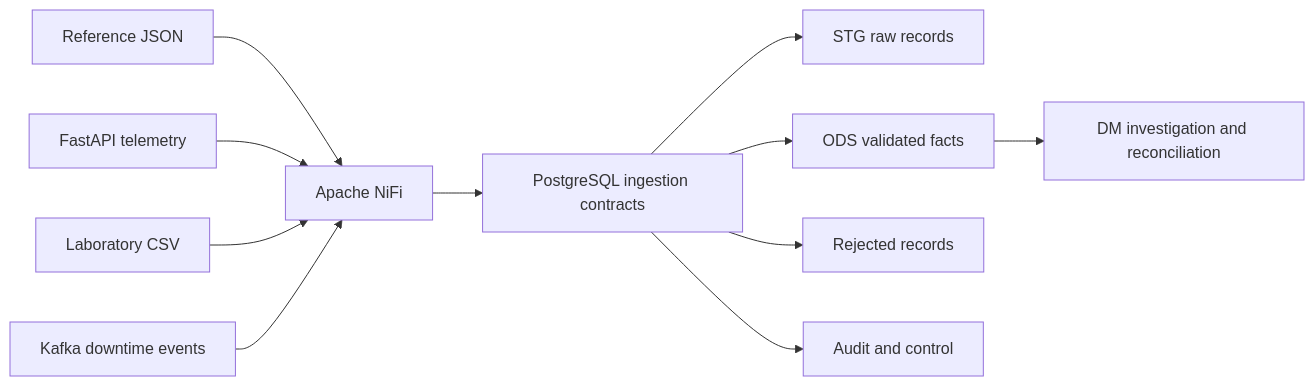
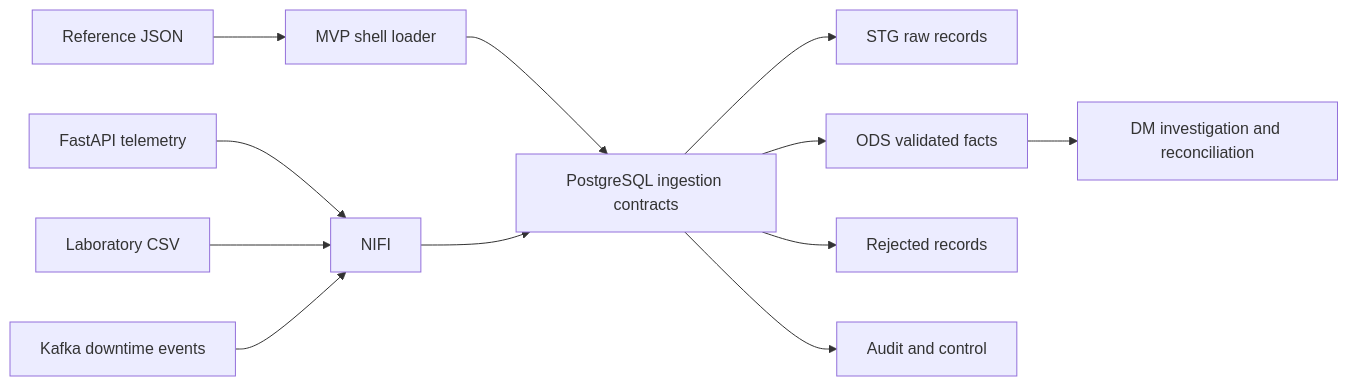
One commit to shipaaa/industrial-integration-lab changed the diagram in docs/04-solution-design.md. Above: the diagram before and after it, drawn with Mermaid. The commit also changed other lines of this file and 3 other files, not shown here.

````diff
--- a/docs/04-solution-design.md
+++ b/docs/04-solution-design.md
@@ -5,13 +5,14 @@
 ```mermaid
 flowchart LR
-    JSON["Reference JSON"] --> NIFI["Apache NiFi"]
+    JSON["Reference JSON"] --> LOADER["MVP shell loader"]
     REST["FastAPI telemetry"] --> NIFI
     CSV["Laboratory CSV"] --> NIFI
     KAFKA["Kafka downtime events"] --> NIFI
+    LOADER --> CONTRACT
     NIFI --> CONTRACT["PostgreSQL ingestion contracts"]
     CONTRACT --> STG["STG raw records"]
     CONTRACT --> ODS["ODS validated facts"]
     CONTRACT --> REJECTED["Rejected records"]
     ODS --> DM["DM investigation and reconciliation"]
     CONTRACT --> AUDIT["Audit and control"]
 ```
````
